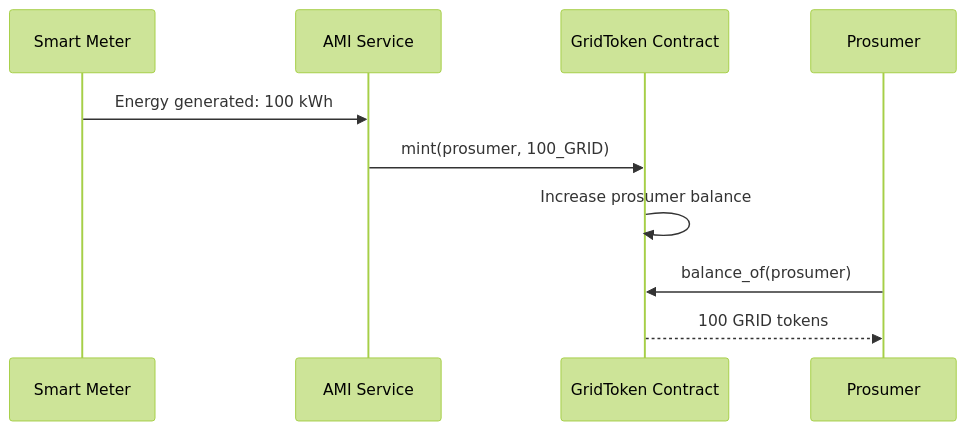
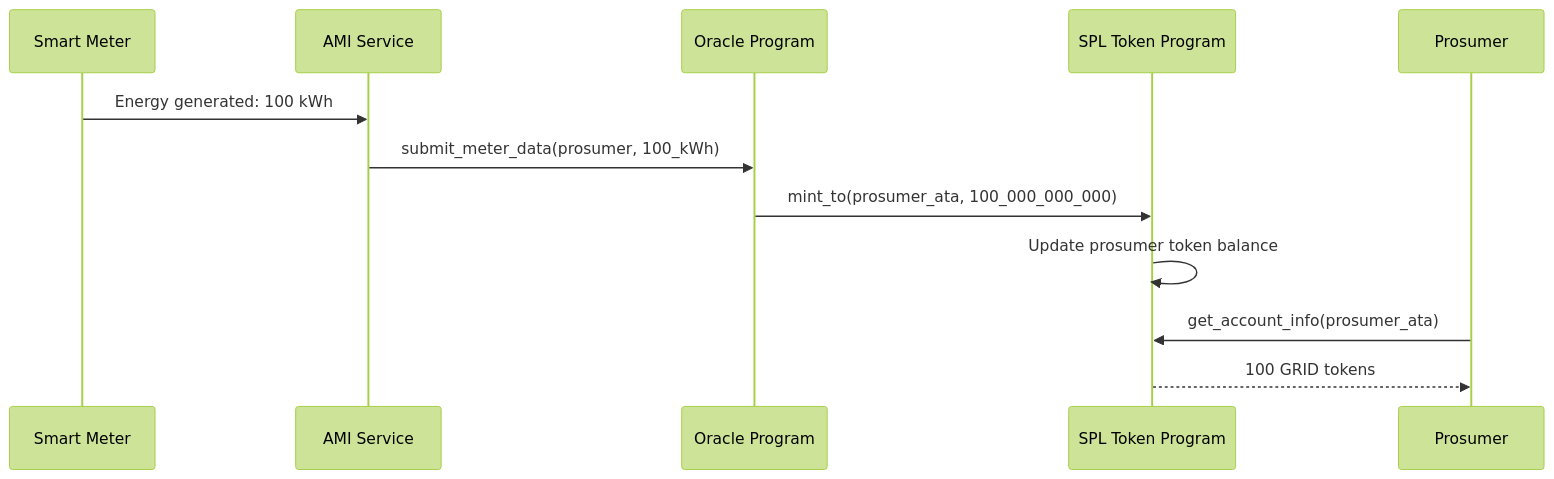
One commit to NakaSato/p2p changed the third of 5 diagrams in docs/TECHNICAL_SUMMARY.md. Above: the diagram before and after it, drawn with Mermaid (forest theme). The commit also changed other lines of this file and 21 other files, not shown here.

````diff
--- a/docs/TECHNICAL_SUMMARY.md
+++ b/docs/TECHNICAL_SUMMARY.md
@@ -198,13 +239,15 @@
 ```mermaid
 sequenceDiagram
     participant SM as Smart Meter
     participant AMI as AMI Service
-    participant GT as GridToken Contract
+    participant OP as Oracle Program
+    participant SPL as SPL Token Program
     participant P as Prosumer
     
     SM->>AMI: Energy generated: 100 kWh
-    AMI->>GT: mint(prosumer, 100_GRID)
-    GT->>GT: Increase prosumer balance
-    P->>GT: balance_of(prosumer)
-    GT-->>P: 100 GRID tokens
+    AMI->>OP: submit_meter_data(prosumer, 100_kWh)
+    OP->>SPL: mint_to(prosumer_ata, 100_000_000_000)
+    SPL->>SPL: Update prosumer token balance
+    P->>SPL: get_account_info(prosumer_ata)
+    SPL-->>P: 100 GRID tokens
 ```
````
